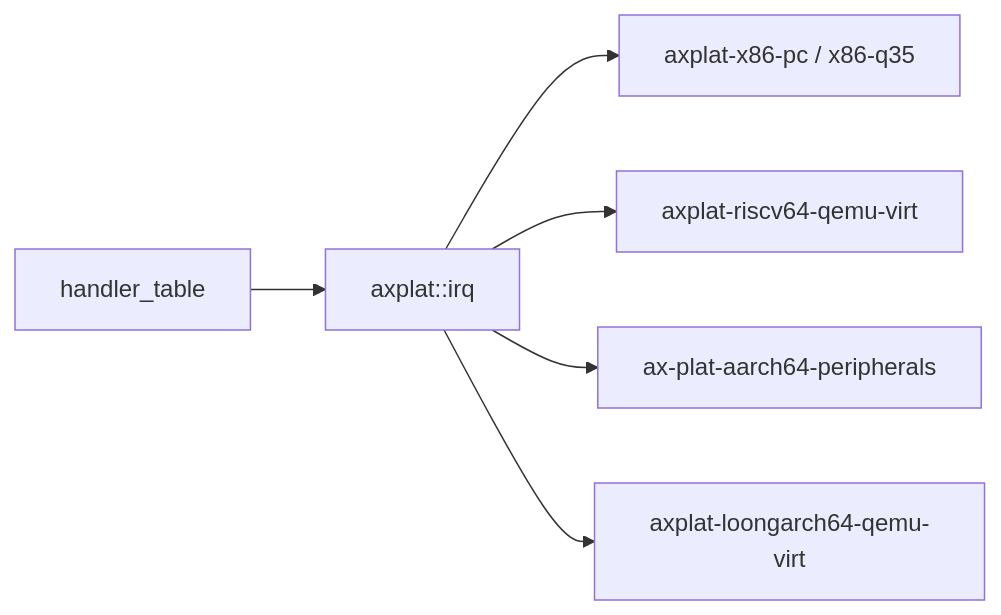
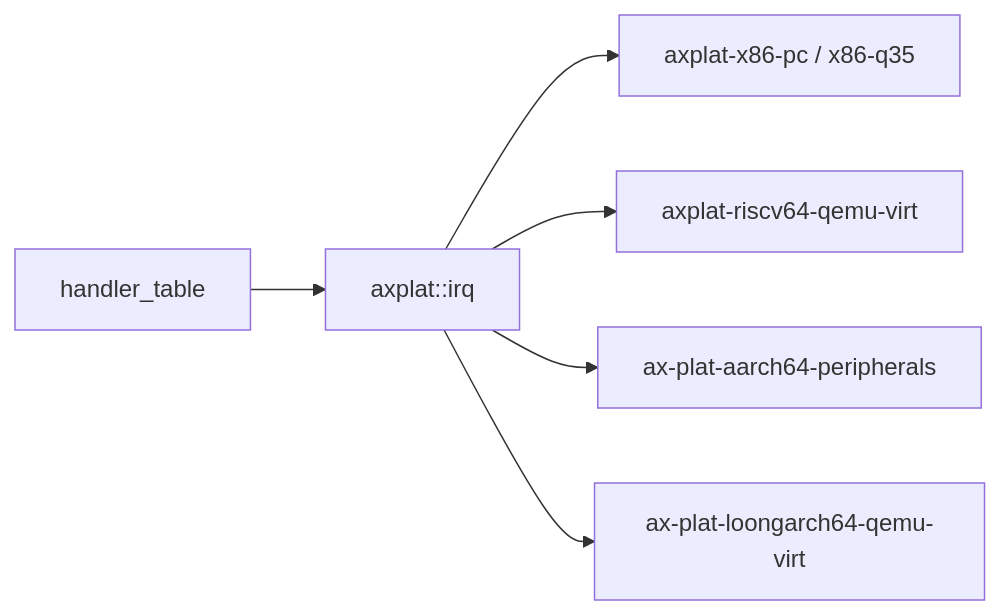
The second of 2 diagrams in docs/crates/handler_table.md (zKurisu/tgoskits), drawn with Mermaid before and after one commit. The commit also changed 34 other files, not shown here.

Commit message:
rename axplat-loongarch64-qemu-virt to ax-plat-loongarch64-qemu-virt

````diff
--- a/docs/crates/handler_table.md
+++ b/docs/crates/handler_table.md
@@ -66,8 +66,8 @@
 ```mermaid
 graph LR
     handler_table["handler_table"] --> axplat["axplat::irq"]
     axplat --> x86["axplat-x86-pc / x86-q35"]
     axplat --> riscv["axplat-riscv64-qemu-virt"]
     axplat --> aarch64["ax-plat-aarch64-peripherals"]
-    axplat --> loongarch["axplat-loongarch64-qemu-virt"]
+    axplat --> loongarch["ax-plat-loongarch64-qemu-virt"]
 ```
````
